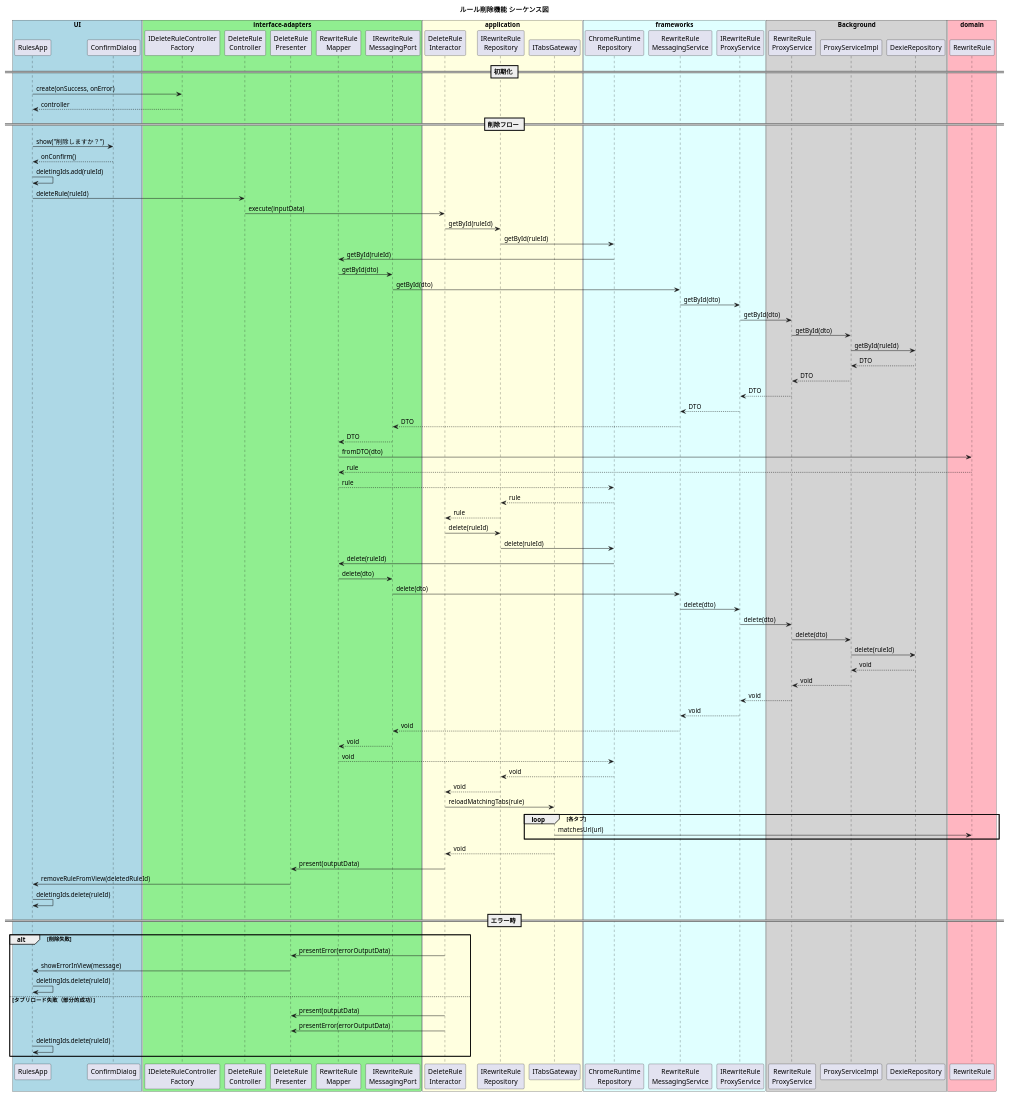
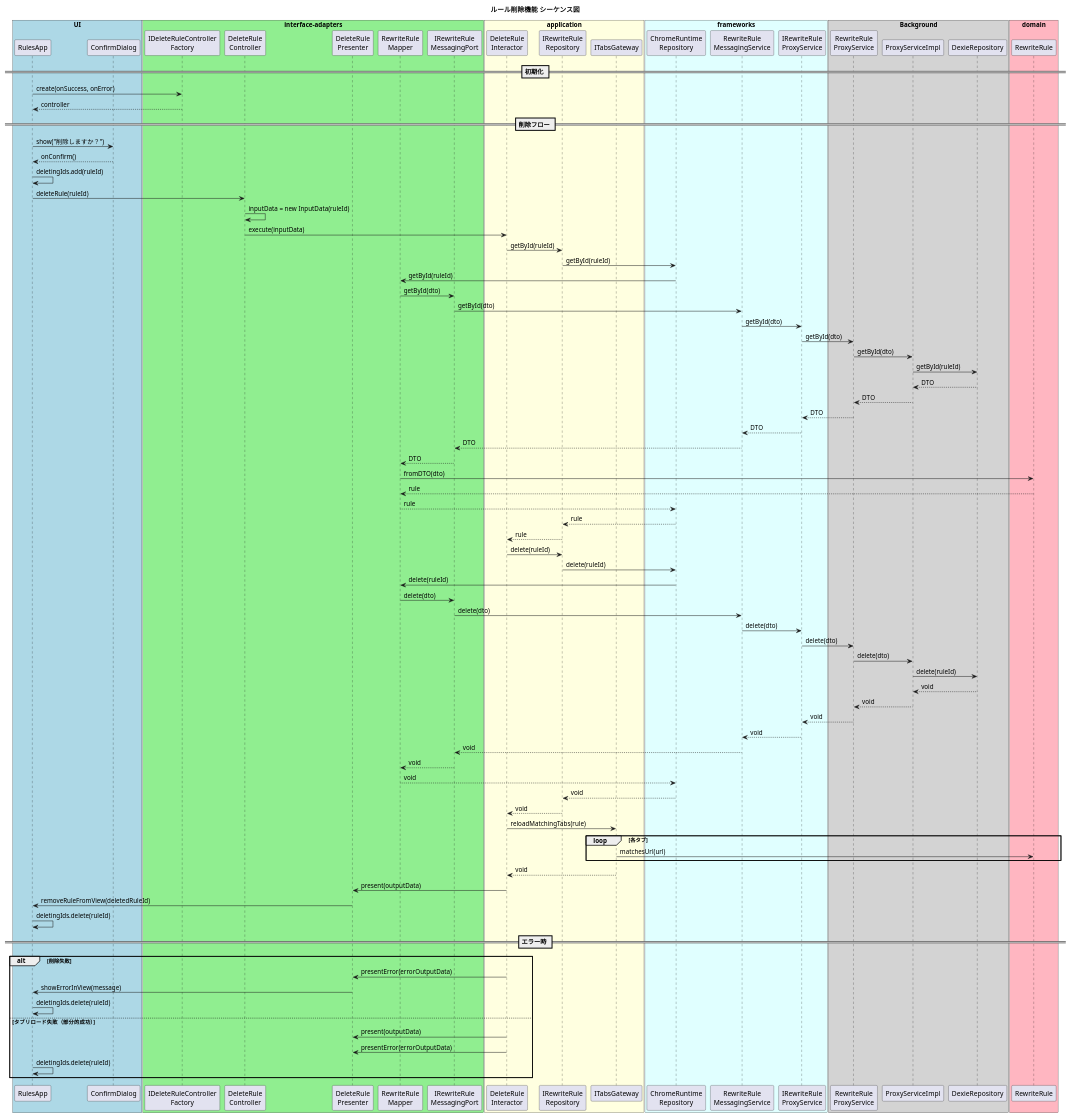
Before and after one commit to akAredminEogre/frog-frame-front: the diagram in docs/design/pages/rule-list/features/delete-rule/02-sequence.puml, drawn with PlantUML.

Commit message:
docs: ControllerがInputDataを生成する流れを追加

```diff
--- a/docs/design/pages/rule-list/features/delete-rule/02-sequence.puml
+++ b/docs/design/pages/rule-list/features/delete-rule/02-sequence.puml
@@ -1,116 +1,117 @@
 @startuml DeleteRule
 
 title ルール削除機能 シーケンス図
 
 box "UI" #LightBlue
   participant "RulesApp" as View
   participant "ConfirmDialog" as Dialog
 end box
 
 box "interface-adapters" #LightGreen
   participant "IDeleteRuleController\nFactory" as IFactory
   participant "DeleteRule\nController" as Controller
   participant "DeleteRule\nPresenter" as Presenter
   participant "RewriteRule\nMapper" as Mapper
   participant "IRewriteRule\nMessagingPort" as IMessagingPort
 end box
 
 box "application" #LightYellow
   participant "DeleteRule\nInteractor" as Interactor
   participant "IRewriteRule\nRepository" as IRepository
   participant "ITabsGateway" as ITabsGateway
 end box
 
 box "frameworks" #LightCyan
   participant "ChromeRuntime\nRepository" as MessagingRepo
   participant "RewriteRule\nMessagingService" as MessagingService
   participant "IRewriteRule\nProxyService" as IProxyService
 end box
 
 box "Background" #LightGray
   participant "RewriteRule\nProxyService" as ProxyService
   participant "ProxyServiceImpl" as ProxyServiceImpl
   participant "DexieRepository" as DexieRepo
 end box
 
 box "domain" #LightPink
   participant "RewriteRule" as Entity
 end box
 
 == 初期化 ==
 
 View -> IFactory : create(onSuccess, onError)
 IFactory --> View : controller
 
 == 削除フロー ==
 
 View -> Dialog : show("削除しますか？")
 Dialog --> View : onConfirm()
 View -> View : deletingIds.add(ruleId)
 
 View -> Controller : deleteRule(ruleId)
+Controller -> Controller : inputData = new InputData(ruleId)
 Controller -> Interactor : execute(inputData)
 
 Interactor -> IRepository : getById(ruleId)
 IRepository -> MessagingRepo : getById(ruleId)
 MessagingRepo -> Mapper : getById(ruleId)
 Mapper -> IMessagingPort : getById(dto)
 IMessagingPort -> MessagingService : getById(dto)
 MessagingService -> IProxyService : getById(dto)
 IProxyService -> ProxyService : getById(dto)
 ProxyService -> ProxyServiceImpl : getById(dto)
 ProxyServiceImpl -> DexieRepo : getById(ruleId)
 DexieRepo --> ProxyServiceImpl : DTO
 ProxyServiceImpl --> ProxyService : DTO
 ProxyService --> IProxyService : DTO
 IProxyService --> MessagingService : DTO
 MessagingService --> IMessagingPort : DTO
 IMessagingPort --> Mapper : DTO
 Mapper -> Entity : fromDTO(dto)
 Entity --> Mapper : rule
 Mapper --> MessagingRepo : rule
 MessagingRepo --> IRepository : rule
 IRepository --> Interactor : rule
 
 Interactor -> IRepository : delete(ruleId)
 IRepository -> MessagingRepo : delete(ruleId)
 MessagingRepo -> Mapper : delete(ruleId)
 Mapper -> IMessagingPort : delete(dto)
 IMessagingPort -> MessagingService : delete(dto)
 MessagingService -> IProxyService : delete(dto)
 IProxyService -> ProxyService : delete(dto)
 ProxyService -> ProxyServiceImpl : delete(dto)
 ProxyServiceImpl -> DexieRepo : delete(ruleId)
 DexieRepo --> ProxyServiceImpl : void
 ProxyServiceImpl --> ProxyService : void
 ProxyService --> IProxyService : void
 IProxyService --> MessagingService : void
 MessagingService --> IMessagingPort : void
 IMessagingPort --> Mapper : void
 Mapper --> MessagingRepo : void
 MessagingRepo --> IRepository : void
 IRepository --> Interactor : void
 
 Interactor -> ITabsGateway : reloadMatchingTabs(rule)
 loop 各タブ
   ITabsGateway -> Entity : matchesUrl(url)
 end
 ITabsGateway --> Interactor : void
 
 Interactor -> Presenter : present(outputData)
 Presenter -> View : removeRuleFromView(deletedRuleId)
 View -> View : deletingIds.delete(ruleId)
 
 == エラー時 ==
 
 alt 削除失敗
   Interactor -> Presenter : presentError(errorOutputData)
   Presenter -> View : showErrorInView(message)
   View -> View : deletingIds.delete(ruleId)
 else タブリロード失敗（部分的成功）
   Interactor -> Presenter : present(outputData)
   Interactor -> Presenter : presentError(errorOutputData)
   View -> View : deletingIds.delete(ruleId)
 end
 
 @enduml
```
